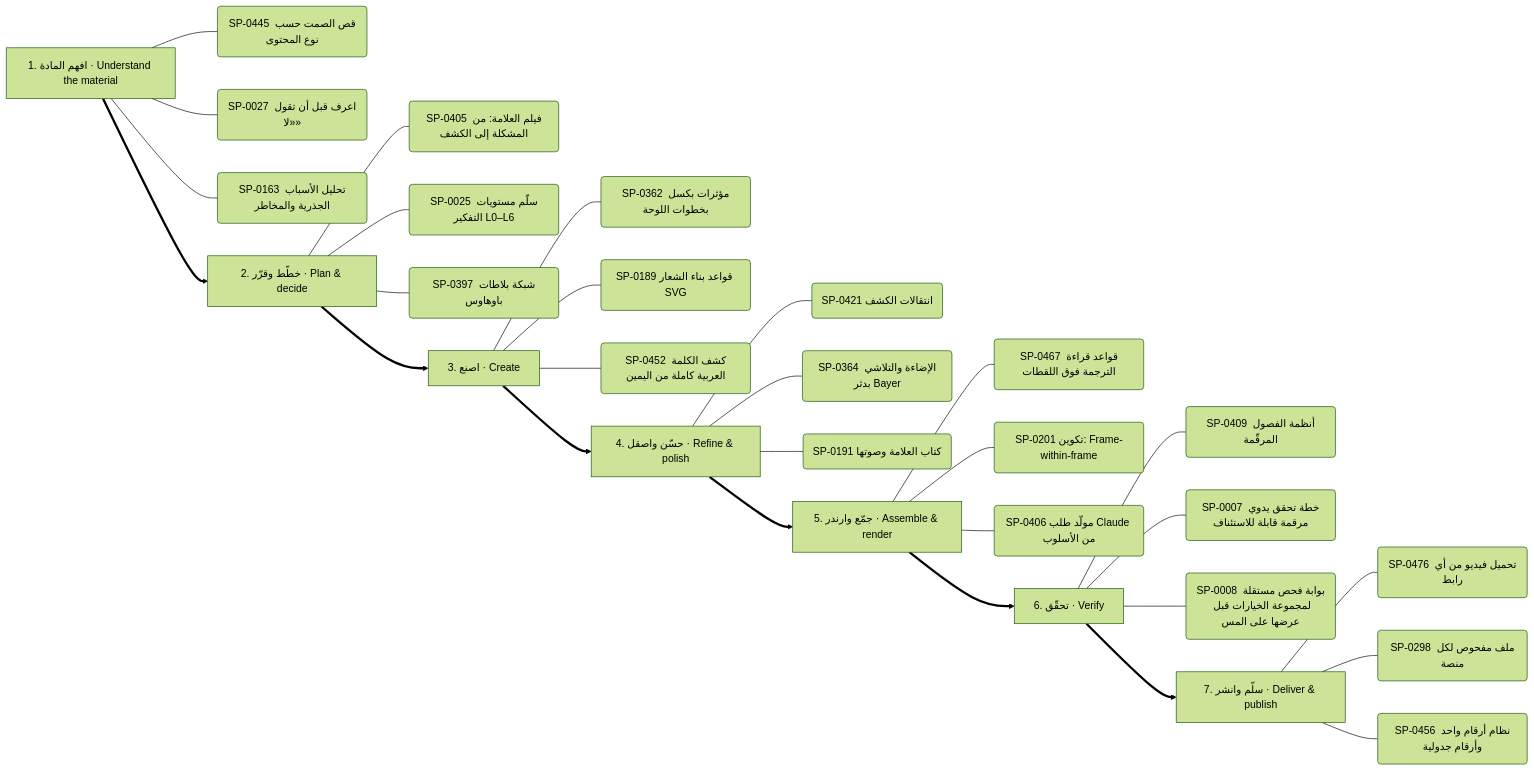
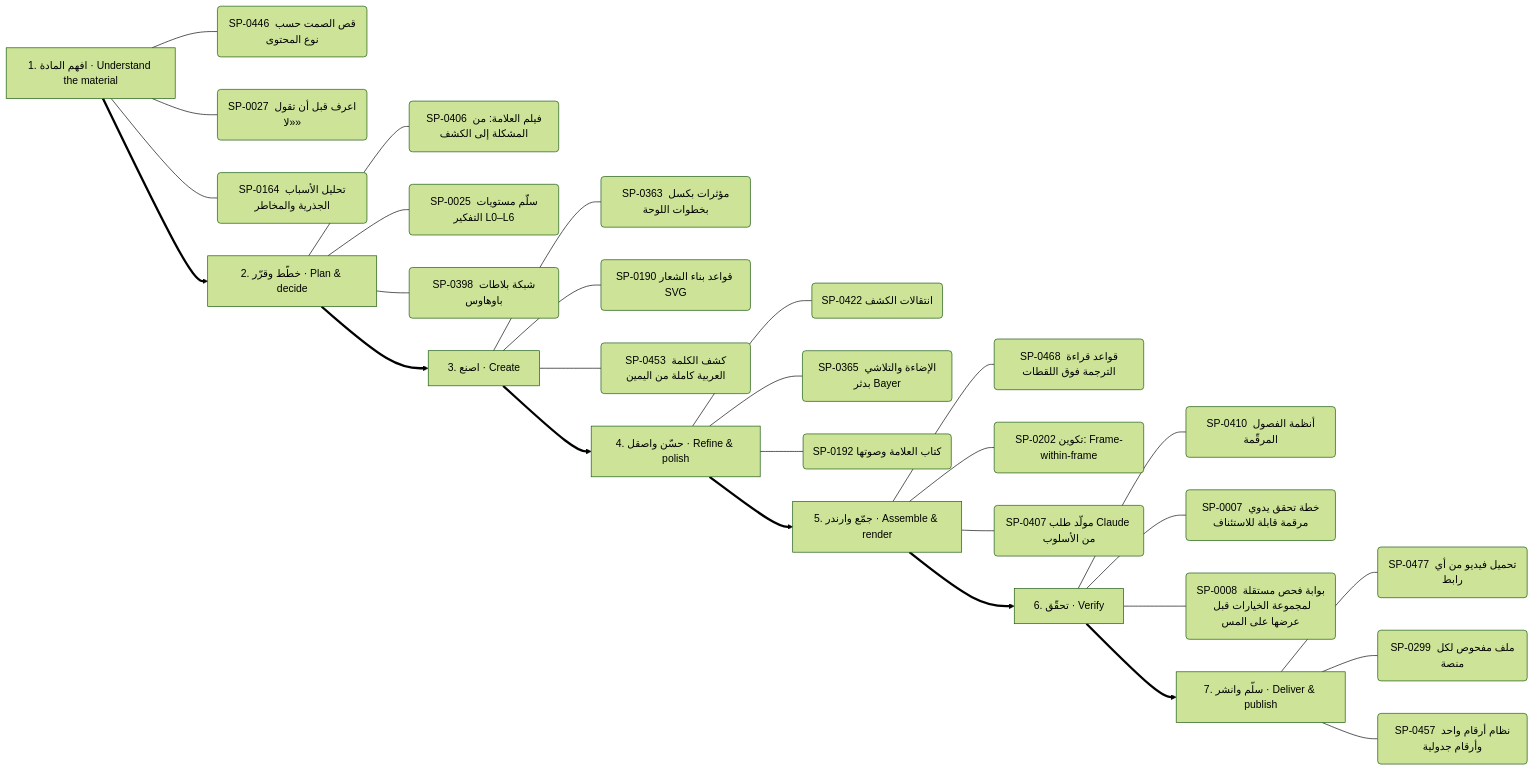
One commit to kosif199022-jpg/kosif-tool changed the sixth of 13 diagrams in .claude/skills/kosif-superpowers/references/capability-mindmap.md. Above: the diagram before and after it, drawn with Mermaid (forest theme). The commit also changed other lines of this file and 61 other files, not shown here.

````diff
--- a/.claude/skills/kosif-superpowers/references/capability-mindmap.md
+++ b/.claude/skills/kosif-superpowers/references/capability-mindmap.md
@@ -318,37 +318,37 @@
 ```mermaid
 flowchart LR
   S0["1. افهم المادة · Understand the material"]
-  S0 --- S0_0("SP-0445 قص الصمت حسب نوع المحتوى")
+  S0 --- S0_0("SP-0446 قص الصمت حسب نوع المحتوى")
   S0 --- S0_1("SP-0027 اعرف قبل أن تقول «لا»")
-  S0 --- S0_2("SP-0163 تحليل الأسباب الجذرية والمخاطر")
+  S0 --- S0_2("SP-0164 تحليل الأسباب الجذرية والمخاطر")
   S1["2. خطّط وقرّر · Plan & decide"]
-  S1 --- S1_0("SP-0405 فيلم العلامة: من المشكلة إلى الكشف")
+  S1 --- S1_0("SP-0406 فيلم العلامة: من المشكلة إلى الكشف")
   S1 --- S1_1("SP-0025 سلّم مستويات التفكير L0–L6")
-  S1 --- S1_2("SP-0397 شبكة بلاطات باوهاوس")
+  S1 --- S1_2("SP-0398 شبكة بلاطات باوهاوس")
   S0 ==> S1
   S2["3. اصنع · Create"]
-  S2 --- S2_0("SP-0362 مؤثرات بكسل بخطوات اللوحة")
-  S2 --- S2_1("SP-0189 قواعد بناء الشعار SVG")
-  S2 --- S2_2("SP-0452 كشف الكلمة العربية كاملة من اليمين")
+  S2 --- S2_0("SP-0363 مؤثرات بكسل بخطوات اللوحة")
+  S2 --- S2_1("SP-0190 قواعد بناء الشعار SVG")
+  S2 --- S2_2("SP-0453 كشف الكلمة العربية كاملة من اليمين")
   S1 ==> S2
   S3["4. حسّن واصقل · Refine & polish"]
-  S3 --- S3_0("SP-0421 انتقالات الكشف")
-  S3 --- S3_1("SP-0364 الإضاءة والتلاشي بدثر Bayer")
-  S3 --- S3_2("SP-0191 كتاب العلامة وصوتها")
+  S3 --- S3_0("SP-0422 انتقالات الكشف")
+  S3 --- S3_1("SP-0365 الإضاءة والتلاشي بدثر Bayer")
+  S3 --- S3_2("SP-0192 كتاب العلامة وصوتها")
   S2 ==> S3
   S4["5. جمّع وارندر · Assemble & render"]
-  S4 --- S4_0("SP-0467 قواعد قراءة الترجمة فوق اللقطات")
-  S4 --- S4_1("SP-0201 تكوين: Frame-within-frame")
-  S4 --- S4_2("SP-0406 مولّد طلب Claude من الأسلوب")
+  S4 --- S4_0("SP-0468 قواعد قراءة الترجمة فوق اللقطات")
+  S4 --- S4_1("SP-0202 تكوين: Frame-within-frame")
+  S4 --- S4_2("SP-0407 مولّد طلب Claude من الأسلوب")
   S3 ==> S4
   S5["6. تحقّق · Verify"]
-  S5 --- S5_0("SP-0409 أنظمة الفصول المرقّمة")
+  S5 --- S5_0("SP-0410 أنظمة الفصول المرقّمة")
   S5 --- S5_1("SP-0007 خطة تحقق يدوي مرقمة قابلة للاستئناف")
   S5 --- S5_2("SP-0008 بوابة فحص مستقلة لمجموعة الخيارات قبل عرضها على المس")
   S4 ==> S5
   S6["7. سلّم وانشر · Deliver & publish"]
-  S6 --- S6_0("SP-0476 تحميل فيديو من أي رابط")
-  S6 --- S6_1("SP-0298 ملف مفحوص لكل منصة")
-  S6 --- S6_2("SP-0456 نظام أرقام واحد وأرقام جدولية")
+  S6 --- S6_0("SP-0477 تحميل فيديو من أي رابط")
+  S6 --- S6_1("SP-0299 ملف مفحوص لكل منصة")
+  S6 --- S6_2("SP-0457 نظام أرقام واحد وأرقام جدولية")
   S5 ==> S6
 ```
````
